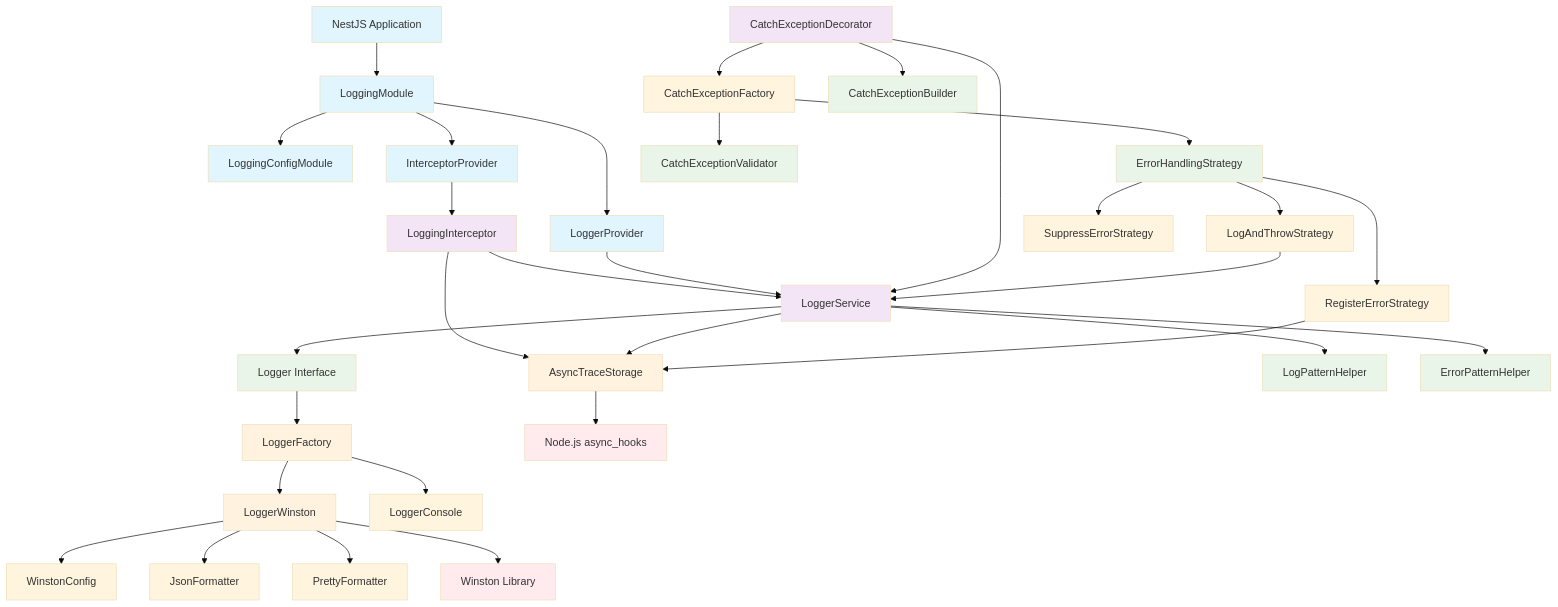
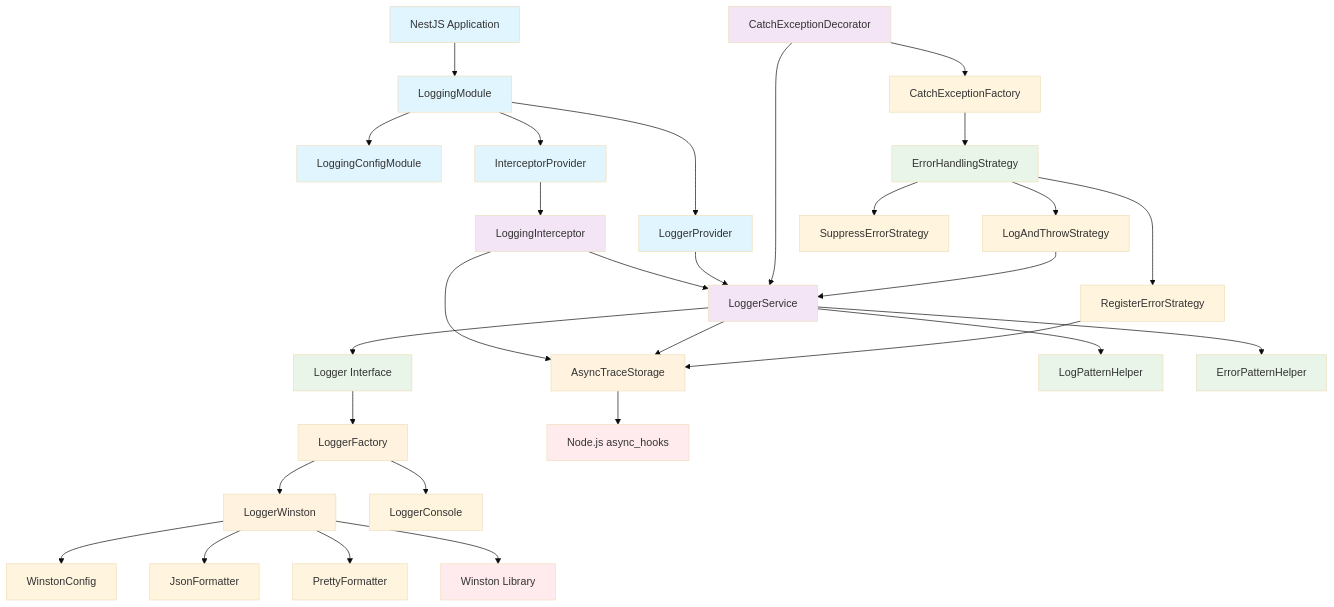
The first of 2 diagrams in planning.md (iago-f-s-e/logr_nest), drawn with Mermaid (base theme) before and after one commit. The commit also changed other lines of this file and 30 other files, not shown here.

Commit message:
feat: Core Services & Error Handling

````diff
--- a/planning.md
+++ b/planning.md
@@ -102,59 +91,57 @@
 ```mermaid
 graph TB
     %% NestJS Integration Layer
     App[NestJS Application] --> LoggingModule[LoggingModule]
     LoggingModule --> LoggingConfigModule[LoggingConfigModule]
     LoggingModule --> LoggerProvider[LoggerProvider]
     LoggingModule --> InterceptorProvider[InterceptorProvider]
     InterceptorProvider --> LoggingInterceptor[LoggingInterceptor]
     LoggingInterceptor --> LoggerService
     LoggingInterceptor --> AsyncTraceStorage[AsyncTraceStorage]
     LoggerProvider --> LoggerService[LoggerService]
 
     %% Application Layer
     CatchExceptionDecorator[CatchExceptionDecorator] --> LoggerService
     CatchExceptionDecorator --> CatchExceptionFactory[CatchExceptionFactory]
-    CatchExceptionDecorator --> CatchExceptionBuilder[CatchExceptionBuilder]
 
     %% Core Business Logic
     LoggerService --> LoggerInterface[Logger Interface]
     LoggerService --> AsyncTraceStorage
     LoggerService --> LogPatternHelper[LogPatternHelper]
     LoggerService --> ErrorPatternHelper[ErrorPatternHelper]
 
     CatchExceptionFactory --> ErrorHandlingStrategy[ErrorHandlingStrategy]
-    CatchExceptionFactory --> CatchExceptionValidator[CatchExceptionValidator]
 
     ErrorHandlingStrategy --> RegisterErrorStrategy[RegisterErrorStrategy]
     ErrorHandlingStrategy --> LogAndThrowStrategy[LogAndThrowStrategy]
     ErrorHandlingStrategy --> SuppressErrorStrategy[SuppressErrorStrategy]
 
     RegisterErrorStrategy --> AsyncTraceStorage
     LogAndThrowStrategy --> LoggerService
 
     %% Infrastructure Layer
     LoggerInterface --> LoggerFactory[LoggerFactory]
     LoggerFactory --> LoggerWinston[LoggerWinston]
     LoggerFactory --> LoggerConsole[LoggerConsole]
 
     LoggerWinston --> WinstonConfig[WinstonConfig]
     LoggerWinston --> JsonFormatter[JsonFormatter]
     LoggerWinston --> PrettyFormatter[PrettyFormatter]
 
     %% External Dependencies
     LoggerWinston --> Winston[Winston Library]
     AsyncTraceStorage --> NodeAsyncHooks[Node.js async_hooks]
 
     %% Style classes
     classDef nestLayer fill:#e1f5fe
     classDef appLayer fill:#f3e5f5
     classDef coreLayer fill:#e8f5e8
     classDef infraLayer fill:#fff3e0
     classDef external fill:#ffebee
 
     class App,LoggingModule,LoggingConfigModule,LoggerProvider,InterceptorProvider nestLayer
     class LoggerService,LoggingInterceptor,CatchExceptionDecorator appLayer
-    class LoggerInterface,ErrorHandlingStrategy,CatchExceptionBuilder,CatchExceptionValidator,LogPatternHelper,ErrorPatternHelper coreLayer
+    class LoggerInterface,ErrorHandlingStrategy,LogPatternHelper,ErrorPatternHelper coreLayer
     class AsyncTraceStorage,LoggerFactory,LoggerWinston,LostErrorMonitor,PerformanceMonitor,PluginSystem infraLayer
     class Winston,NodeAsyncHooks external
 ```
````
